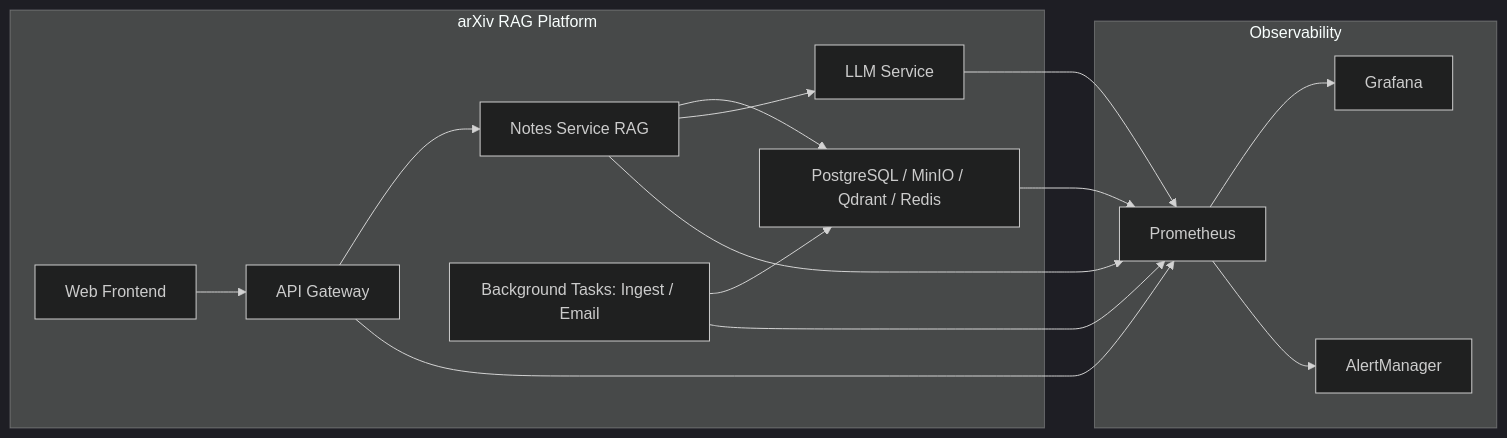
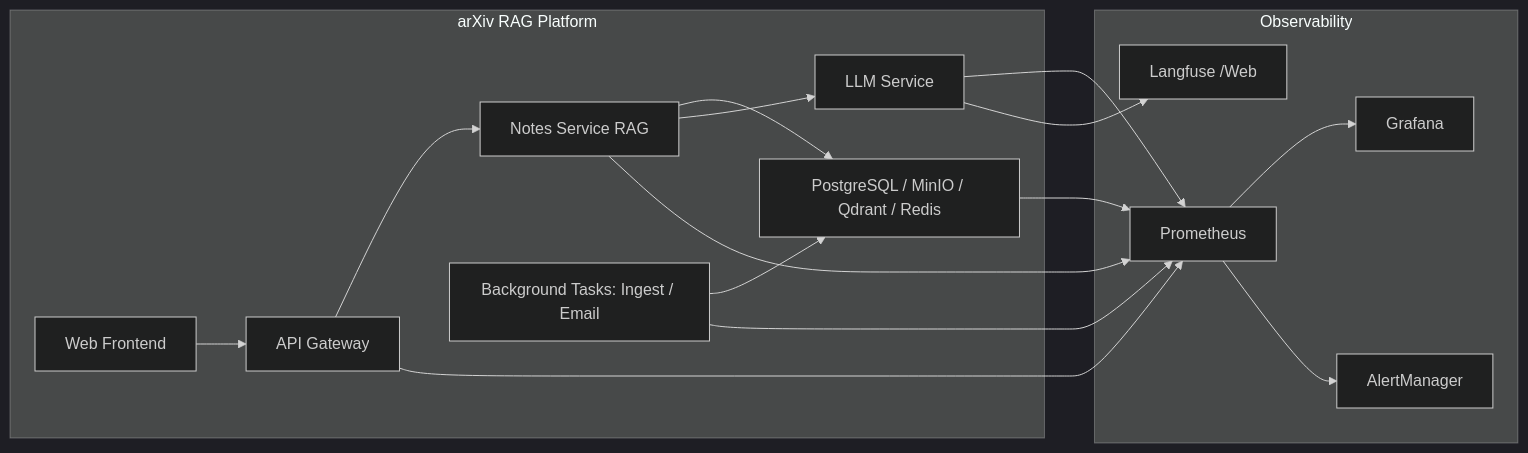
The diagram in docs/Observability_Monitoring.md (a920604a/llm-assistant), drawn with Mermaid (dark theme) before and after one commit. The commit also changed other lines of this file and 74 other files, not shown here.

````diff
--- a/docs/Observability_Monitoring.md
+++ b/docs/Observability_Monitoring.md
@@ -70,31 +73,34 @@
 ```mermaid
 flowchart LR
     subgraph App[arXiv RAG Platform]
         FE[Web Frontend]
         API[API Gateway]
         NS[Notes Service RAG ]
         BG[Background Tasks: Ingest / Email]
         DB[PostgreSQL / MinIO / Qdrant / Redis]
         LLM[LLM Service]
     end
 
     subgraph Observability
         PROM[Prometheus]
         GRAF[Grafana]
         ALERT[AlertManager]
+        LF[Langfuse /Web]
     end
 
     FE --> API --> NS
     NS --> DB
     BG --> DB
     NS --> LLM
 
     DB --> PROM
     NS --> PROM
     BG --> PROM
     API --> PROM
     LLM --> PROM
 
+    LLM --> LF
+
     PROM --> GRAF
     PROM --> ALERT
 ```
````
